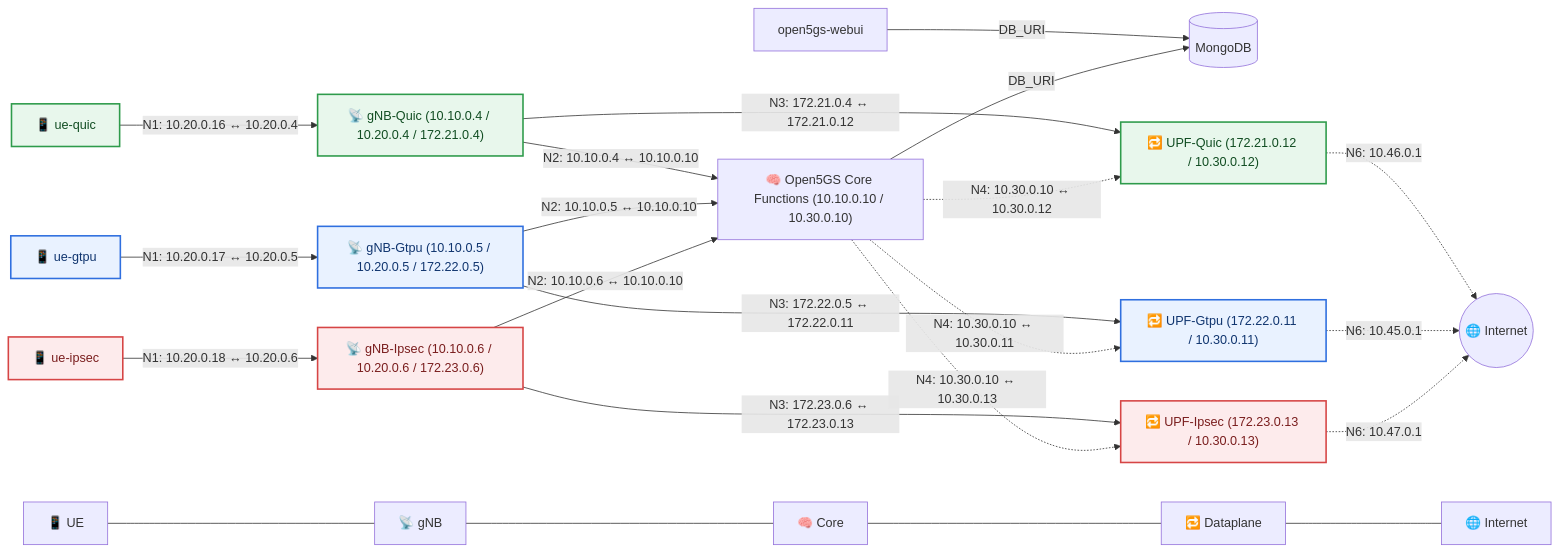
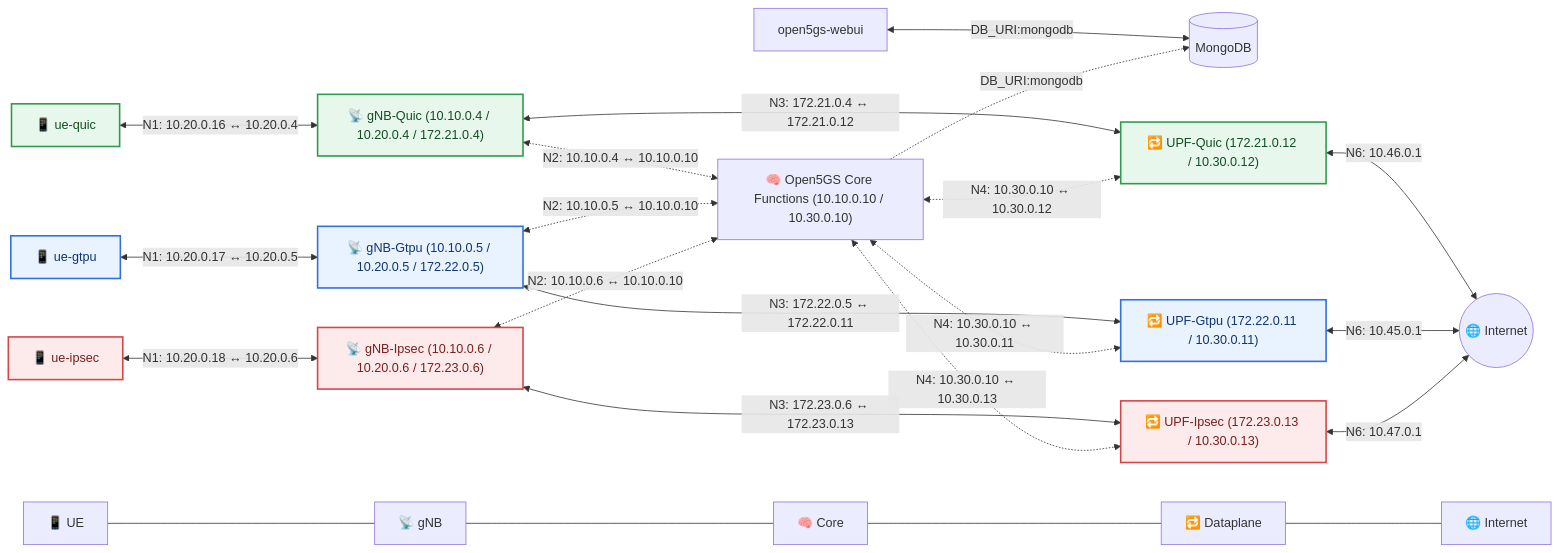
The diagram in README.md (wenkey-gm/quicup-evaluation), drawn with Mermaid before and after one commit. The commit also changed 9 other files, not shown here.

````diff
--- a/README.md
+++ b/README.md
@@ -234,61 +234,58 @@
 ```mermaid
 flowchart LR
+
     classDef quic fill:#E8F7EC,stroke:#2E9B4B,stroke-width:2px,color:#114D22;
     classDef gtpu fill:#E9F2FF,stroke:#2F6FDF,stroke-width:2px,color:#10356F;
     classDef ipsec fill:#FDEBEC,stroke:#D64545,stroke-width:2px,color:#7A1E1E;
 
     Internet(("🌐 Internet"))
 
-    %% RAN nodes
     UE_q["📱 ue-quic"]
     UE_g["📱 ue-gtpu"]
     UE_i["📱 ue-ipsec"]
 
-    %% gNB nodes (shared addresses listed)
     gNB_Q["📡 gNB-Quic (10.10.0.4 / 10.20.0.4 / 172.21.0.4)"]
     gNB_G["📡 gNB-Gtpu (10.10.0.5 / 10.20.0.5 / 172.22.0.5)"]
     gNB_I["📡 gNB-Ipsec (10.10.0.6 / 10.20.0.6 / 172.23.0.6)"]
 
-    %% Core and dataplane nodes
     AMF_SMF["🧠 Open5GS Core Functions (10.10.0.10 / 10.30.0.10)"]
     DB[(MongoDB)]
     WebUI[open5gs-webui]
     UPF_Q["🔁 UPF-Quic (172.21.0.12 / 10.30.0.12)"]
     UPF_G["🔁 UPF-Gtpu (172.22.0.11 / 10.30.0.11)"]
     UPF_I["🔁 UPF-Ipsec (172.23.0.13 / 10.30.0.13)"]
 
-    %% Inline connections (replacing subgraph links)
-    UE_q -- "N1: 10.20.0.16 ↔ 10.20.0.4" --> gNB_Q
-    UE_g -- "N1: 10.20.0.17 ↔ 10.20.0.5" --> gNB_G
-    UE_i -- "N1: 10.20.0.18 ↔ 10.20.0.6" --> gNB_I
+    UE_q <-- "N1: 10.20.0.16 ↔ 10.20.0.4" --> gNB_Q
+    UE_g <-- "N1: 10.20.0.17 ↔ 10.20.0.5" --> gNB_G
+    UE_i <-- "N1: 10.20.0.18 ↔ 10.20.0.6" --> gNB_I
 
-    gNB_Q -- "N3: 172.21.0.4 ↔ 172.21.0.12" --> UPF_Q
-    gNB_G -- "N3: 172.22.0.5 ↔ 172.22.0.11" --> UPF_G
-    gNB_I -- "N3: 172.23.0.6 ↔ 172.23.0.13" --> UPF_I
+    gNB_Q <-- "N3: 172.21.0.4 ↔ 172.21.0.12" --> UPF_Q
+    gNB_G <-- "N3: 172.22.0.5 ↔ 172.22.0.11" --> UPF_G
+    gNB_I <-- "N3: 172.23.0.6 ↔ 172.23.0.13" --> UPF_I
 
     DB
     WebUI
 
 
-    WebUI -- "DB_URI" --> DB
-    AMF_SMF -- "DB_URI" --> DB
+    WebUI <-- "DB_URI:mongodb" --> DB
+    AMF_SMF -. "DB_URI:mongodb" .-> DB
 
-    gNB_Q -- "N2: 10.10.0.4 ↔ 10.10.0.10" --> AMF_SMF
-    gNB_G -- "N2: 10.10.0.5 ↔ 10.10.0.10" --> AMF_SMF
-    gNB_I -- "N2: 10.10.0.6 ↔ 10.10.0.10" --> AMF_SMF
+    gNB_Q <-. "N2: 10.10.0.4 ↔ 10.10.0.10" .-> AMF_SMF
+    gNB_G <-. "N2: 10.10.0.5 ↔ 10.10.0.10" .-> AMF_SMF
+    gNB_I <-. "N2: 10.10.0.6 ↔ 10.10.0.10" .-> AMF_SMF
 
-    AMF_SMF -. "N4: 10.30.0.10 ↔ 10.30.0.12" .-> UPF_Q
-    AMF_SMF -. "N4: 10.30.0.10 ↔ 10.30.0.11" .-> UPF_G
-    AMF_SMF -. "N4: 10.30.0.10 ↔ 10.30.0.13" .-> UPF_I
+    AMF_SMF <-. "N4: 10.30.0.10 ↔ 10.30.0.12" .-> UPF_Q
+    AMF_SMF <-. "N4: 10.30.0.10 ↔ 10.30.0.11" .-> UPF_G
+    AMF_SMF <-. "N4: 10.30.0.10 ↔ 10.30.0.13" .-> UPF_I
 
-    UPF_Q -. "N6: 10.46.0.1" .-> Internet
-    UPF_G -. "N6: 10.45.0.1" .-> Internet
-    UPF_I -. "N6: 10.47.0.1" .-> Internet
+    UPF_Q <-- "N6: 10.46.0.1" --> Internet
+    UPF_G <-- "N6: 10.45.0.1" --> Internet
+    UPF_I <-- "N6: 10.47.0.1" --> Internet
 
     class UE_q,gNB_Q,UPF_Q quic;
     class UE_g,gNB_G,UPF_G gtpu;
     class UE_i,gNB_I,UPF_I ipsec;
 
     L_UE["📱 UE"] --- L_gNB["📡 gNB"] --- L_CORE["🧠 Core"] --- L_DP["🔁 Dataplane"] --- L_Internet["🌐 Internet"]
-
+    
 ```
````
